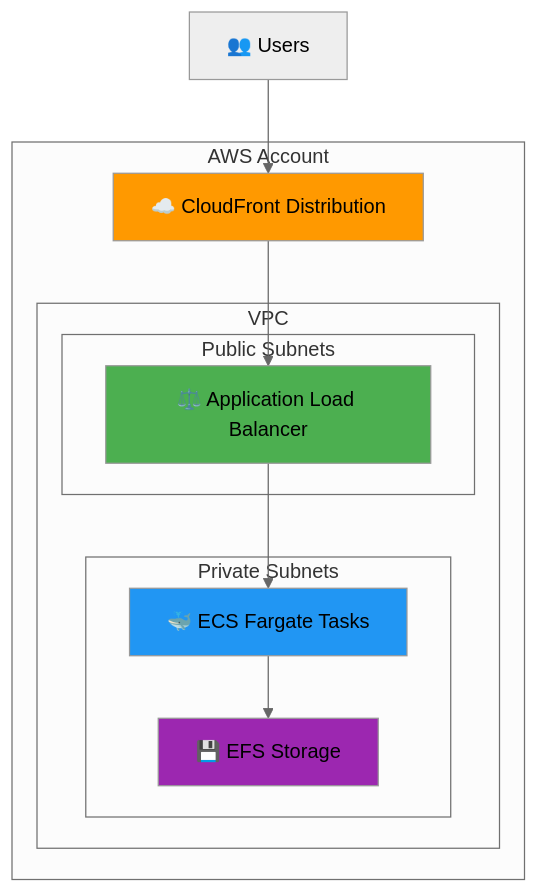
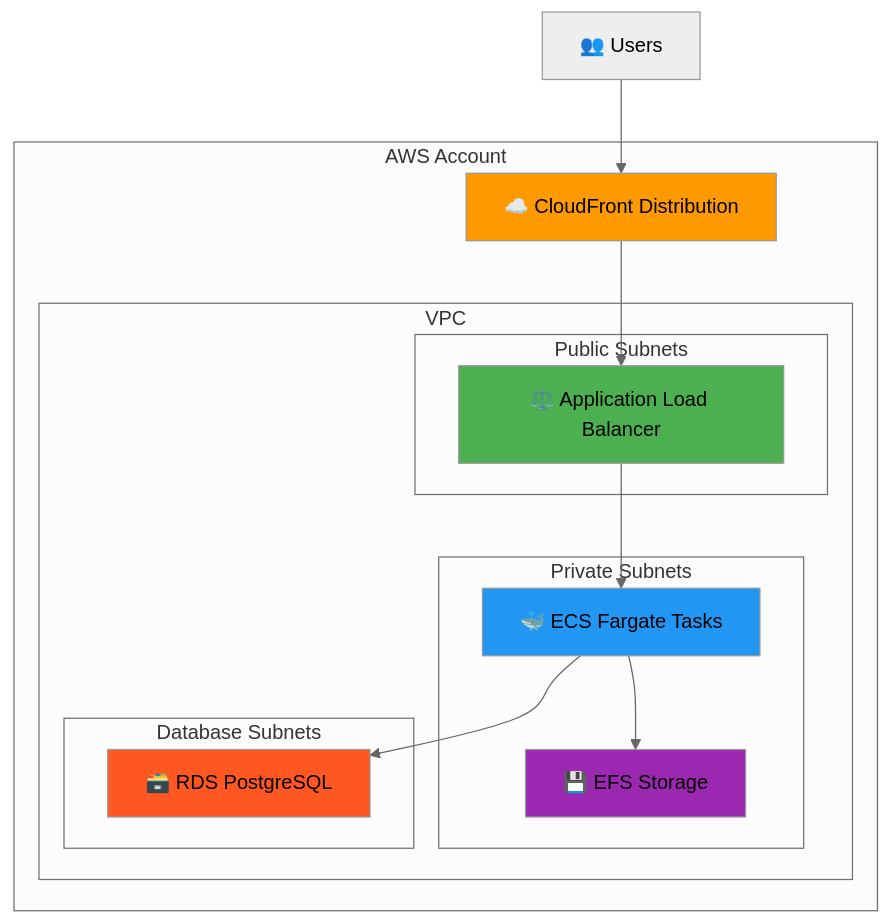
Before and after one commit to lseebach/tf-aws-n8n: the first of 3 diagrams in README.md, drawn with Mermaid (neutral theme). The commit also changed other lines of this file and 2 other files, not shown here.

````diff
--- a/README.md
+++ b/README.md
@@ -29,25 +29,30 @@
 ```mermaid
 graph TB
     Users[👥 Users] --> CF[☁️ CloudFront Distribution]
     CF --> ALB[⚖️ Application Load Balancer]
     ALB --> ECS[🐳 ECS Fargate Tasks]
     ECS --> EFS[💾 EFS Storage]
+    ECS --> RDS[🗃️ RDS PostgreSQL]
     
     subgraph "AWS Account"
         subgraph "VPC"
             subgraph "Public Subnets"
                 ALB
             end
             subgraph "Private Subnets"
                 ECS
                 EFS
             end
+            subgraph "Database Subnets"
+                RDS
+            end
         end
         CF
     end
     
     style CF fill:#ff9900
     style ALB fill:#4CAF50
     style ECS fill:#2196F3
     style EFS fill:#9C27B0
+    style RDS fill:#FF5722
 ```
````
